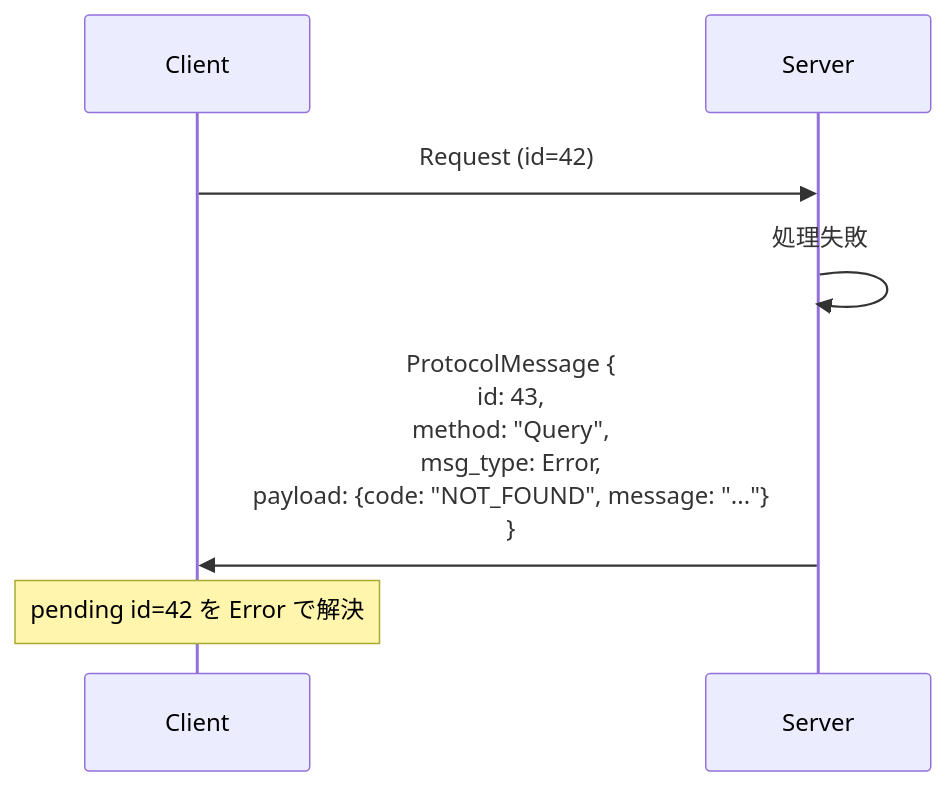
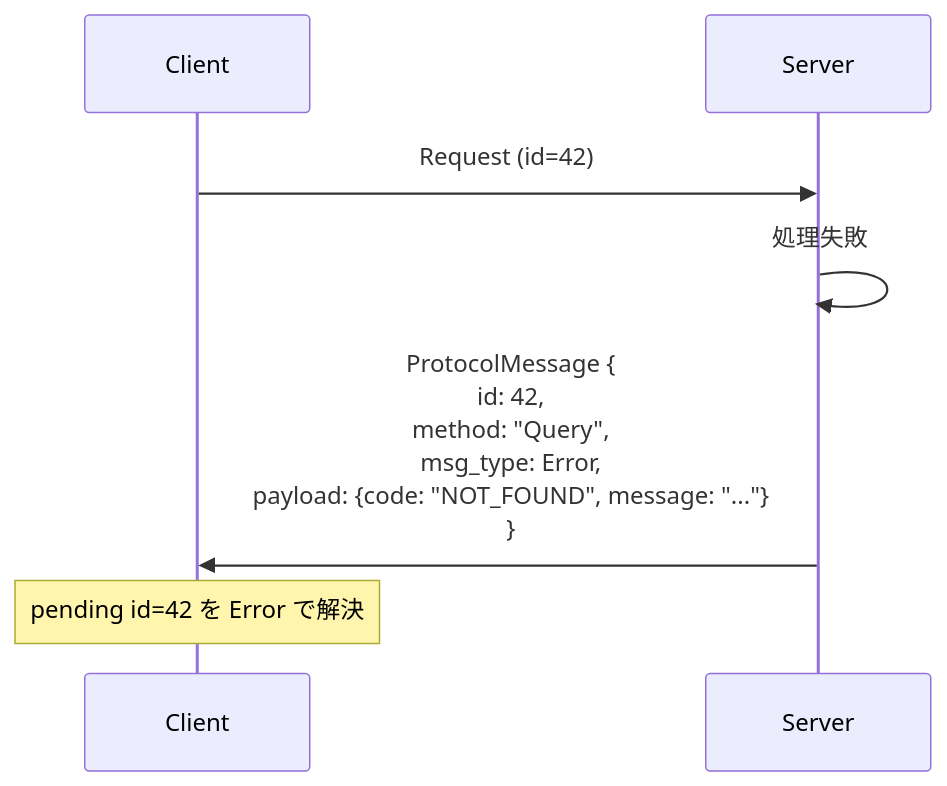
One commit to chronista-club/club-unison changed the sixth of 6 diagrams in spec/02-unified-channel/SPEC.md. Above: the diagram before and after it, drawn with Mermaid. The commit also changed other lines of this file and 118 other files, not shown here.

````diff
--- a/spec/02-unified-channel/SPEC.md
+++ b/spec/02-unified-channel/SPEC.md
@@ -354,12 +422,12 @@
 ```mermaid
 sequenceDiagram
     participant C as Client
     participant S as Server
 
     C->>S: Request (id=42)
     S->>S: 処理失敗
 
-    S->>C: ProtocolMessage {<br/>  id: 43,<br/>  method: "Query",<br/>  msg_type: Error,<br/>  payload: {code: "NOT_FOUND", message: "..."}<br/>}
+    S->>C: ProtocolMessage {<br/>  id: 42,<br/>  method: "Query",<br/>  msg_type: Error,<br/>  payload: {code: "NOT_FOUND", message: "..."}<br/>}
 
     Note over C: pending id=42 を Error で解決
 ```
````
